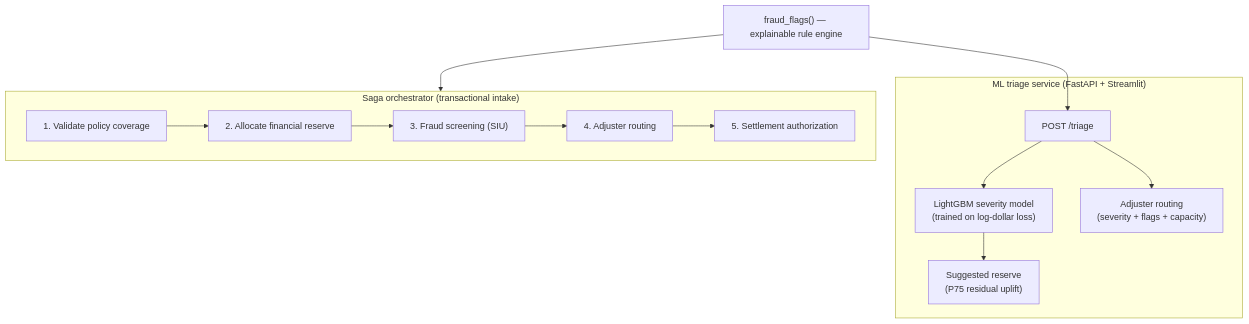
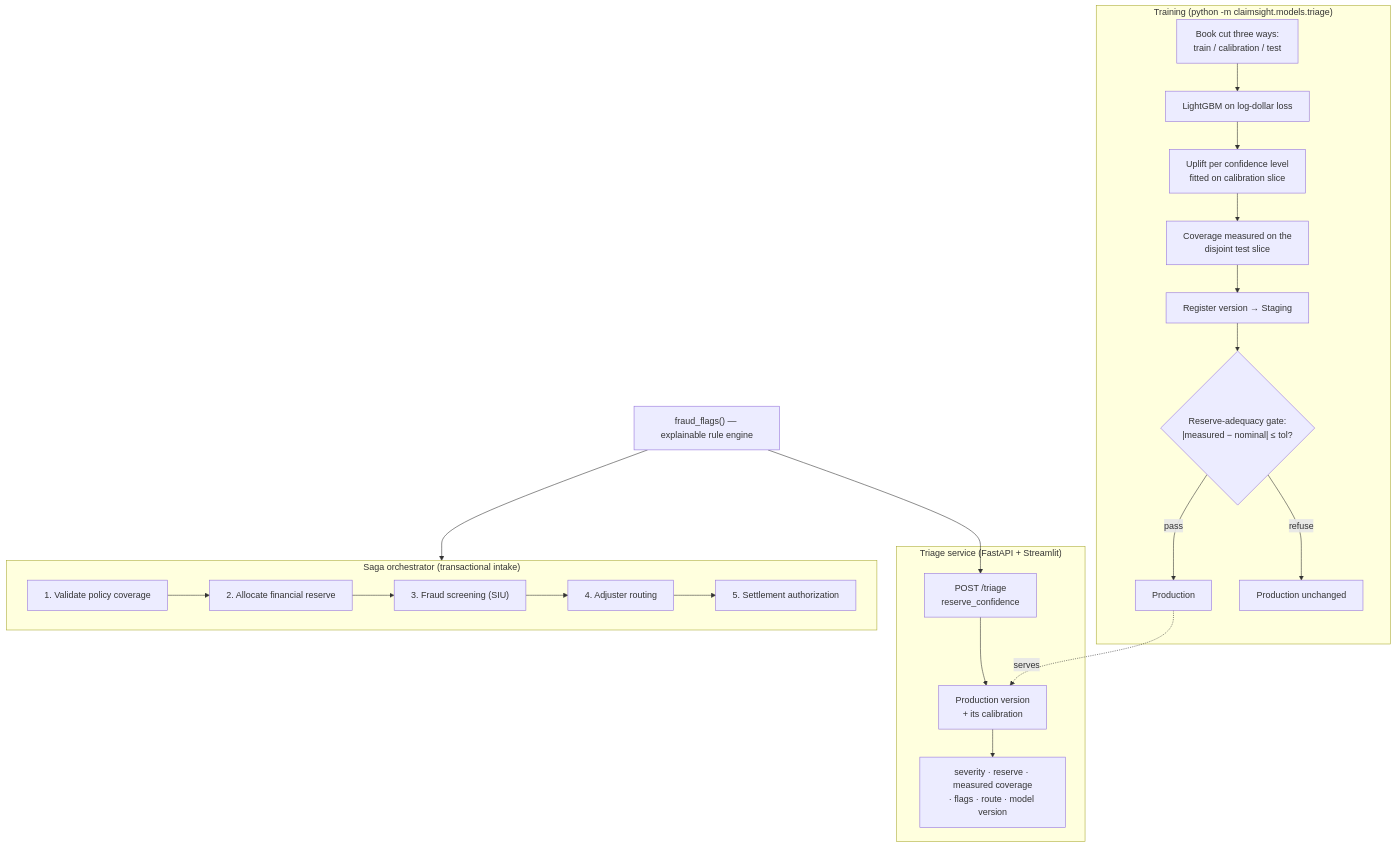
The first of 2 diagrams in README.md (jackson-marcus/Claim-Sight), drawn with Mermaid before and after one commit. The commit also changed other lines of this file and 17 other files, not shown here.

````diff
--- a/README.md
+++ b/README.md
@@ -44,17 +42,25 @@
 ```mermaid
 flowchart TD
-    subgraph SVC["ML triage service (FastAPI + Streamlit)"]
-        API["POST /triage"] --> M["LightGBM severity model<br/>(trained on log-dollar loss)"]
-        M --> RES["Suggested reserve<br/>(P75 residual uplift)"]
-        API --> RT["Adjuster routing<br/>(severity + flags + capacity)"]
+    subgraph TRAIN["Training (python -m claimsight.models.triage)"]
+        SPLIT["Book cut three ways:<br/>train / calibration / test"] --> FIT["LightGBM on log-dollar loss"]
+        FIT --> CAL["Uplift per confidence level<br/>fitted on calibration slice"]
+        CAL --> MEAS["Coverage measured on the<br/>disjoint test slice"]
+        MEAS --> REG["Register version → Staging"]
+        REG --> GATE{"Reserve-adequacy gate:<br/>|measured − nominal| ≤ tol?"}
+        GATE -->|pass| PROD["Production"]
+        GATE -->|refuse| STAY["Production unchanged"]
     end
-    RULES["fraud_flags() — explainable rule engine"]
-    RULES --> API
+    subgraph SVC["Triage service (FastAPI + Streamlit)"]
+        API["POST /triage<br/>reserve_confidence"] --> P["Production version<br/>+ its calibration"]
+        P --> OUT["severity · reserve · measured coverage<br/>· flags · route · model version"]
+    end
+    PROD -.serves.-> P
+    RULES["fraud_flags() — explainable rule engine"] --> API
     RULES --> SAGA
     subgraph SAGA["Saga orchestrator (transactional intake)"]
         S1["1. Validate policy coverage"] --> S2["2. Allocate financial reserve"]
         S2 --> S3["3. Fraud screening (SIU)"]
         S3 --> S4["4. Adjuster routing"]
         S4 --> S5["5. Settlement authorization"]
     end
 ```
````
